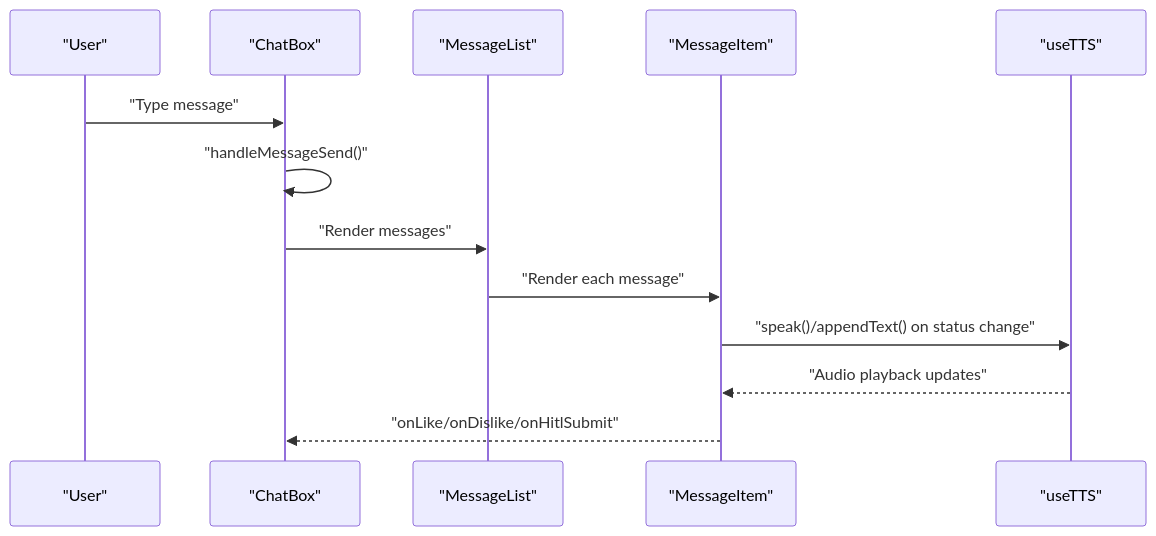
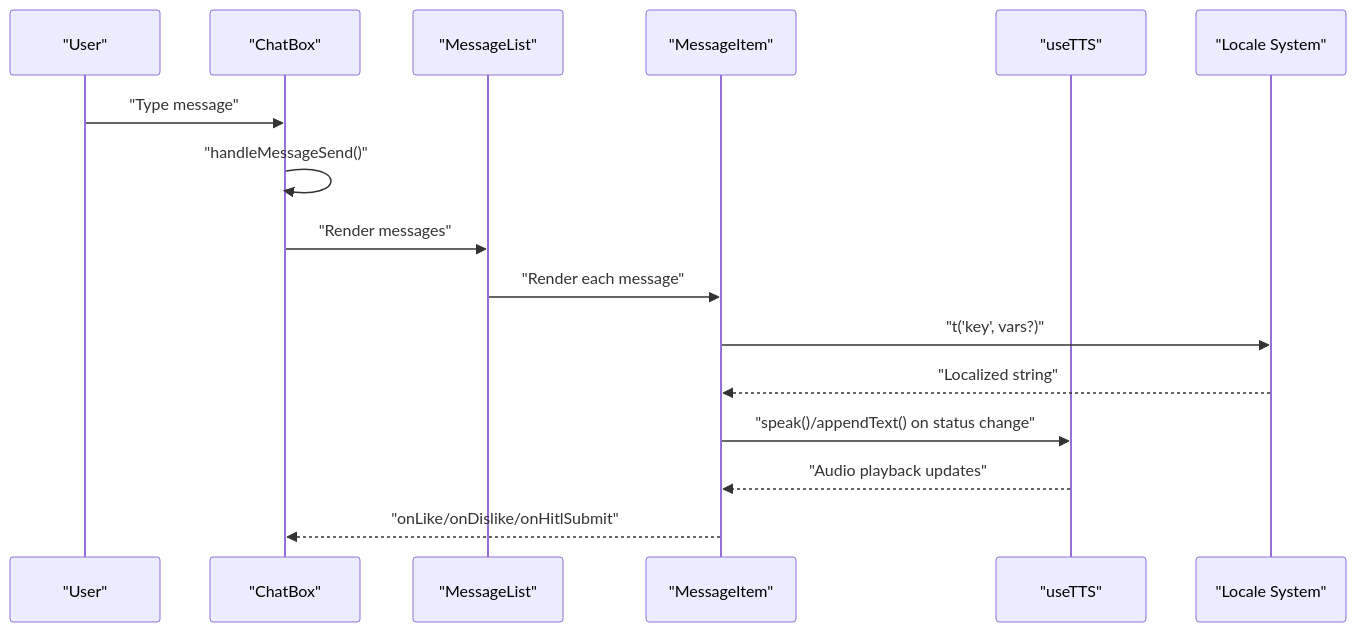
One commit to alibaba/tron-one-agent changed the second of 9 diagrams in .qoder/repowiki/en/content/Frontend Architecture/React Component Structure.md. Above: the diagram before and after it, drawn with Mermaid. The commit also changed other lines of this file and 8 other files, not shown here.

````diff
--- a/.qoder/repowiki/en/content/Frontend Architecture/React Component Structure.md
+++ b/.qoder/repowiki/en/content/Frontend Architecture/React Component Structure.md
@@ -97,15 +146,18 @@
 ```mermaid
 sequenceDiagram
 participant U as "User"
 participant CB as "ChatBox"
 participant ML as "MessageList"
 participant MI as "MessageItem"
 participant TTS as "useTTS"
+participant LOC as "Locale System"
 U->>CB : "Type message"
 CB->>CB : "handleMessageSend()"
 CB->>ML : "Render messages"
 ML->>MI : "Render each message"
+MI->>LOC : "t('key', vars?)"
+LOC-->>MI : "Localized string"
 MI->>TTS : "speak()/appendText() on status change"
 TTS-->>MI : "Audio playback updates"
 MI-->>CB : "onLike/onDislike/onHitlSubmit"
 ```
````
